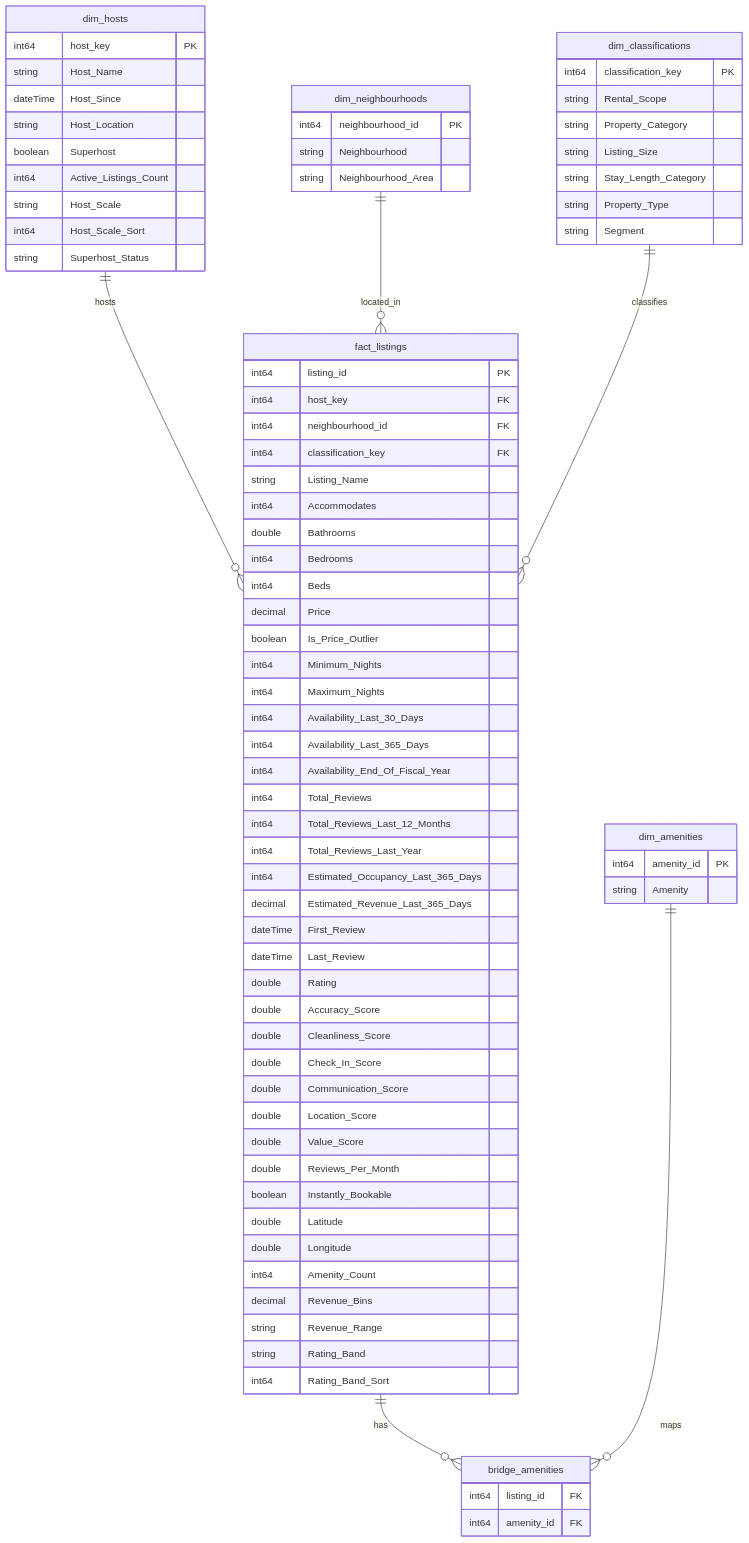
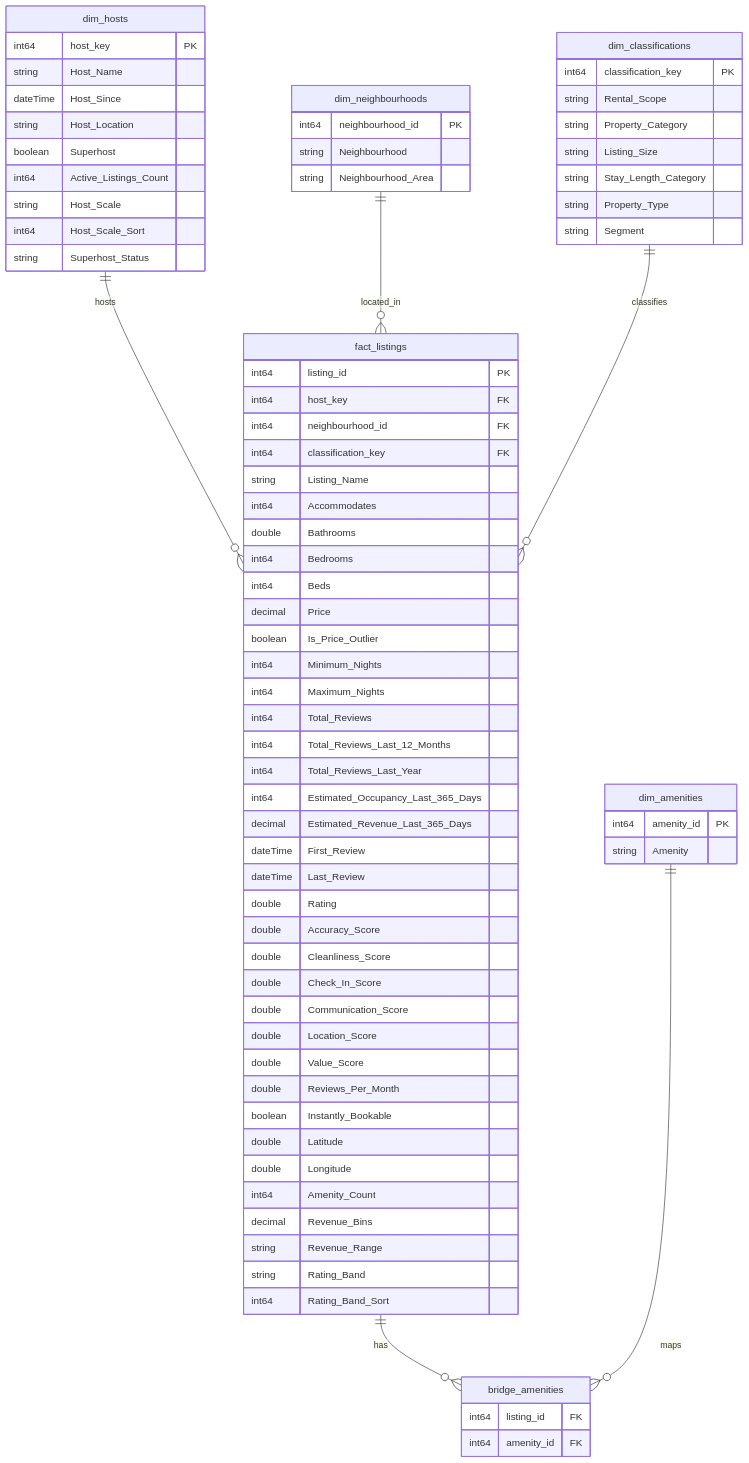
Before and after one commit to Yosias-T/Toronto-Airbnb-Analysis: the diagram in Documentation/Schema Diagram.md, drawn with Mermaid.

Commit message:
Update Schema Diagram.md

```diff
--- a/Documentation/Schema Diagram.md
+++ b/Documentation/Schema Diagram.md
@@ -66,9 +66,6 @@
         boolean Is_Price_Outlier
         int64 Minimum_Nights
         int64 Maximum_Nights
-        int64 Availability_Last_30_Days
-        int64 Availability_Last_365_Days
-        int64 Availability_End_Of_Fiscal_Year
         int64 Total_Reviews
         int64 Total_Reviews_Last_12_Months
         int64 Total_Reviews_Last_Year
```
